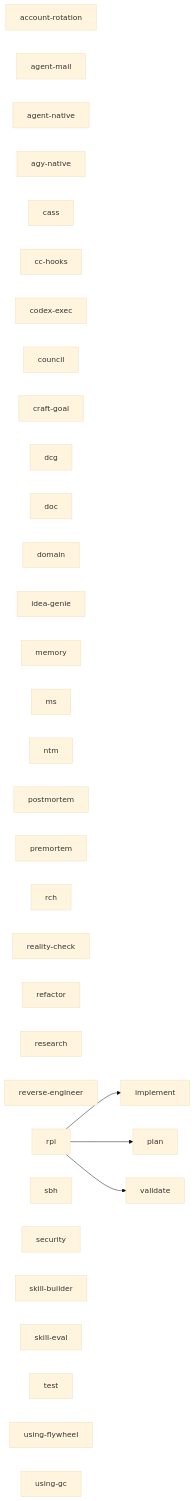
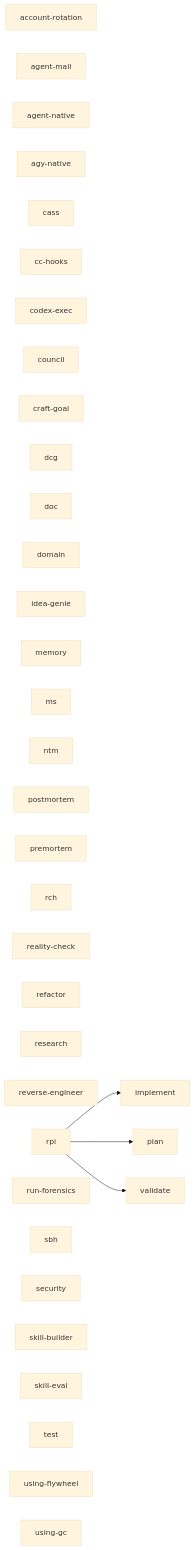
The diagram in docs/reference/agentops-skill-graph.md (boshu2/agentops), drawn with Mermaid (base theme) before and after one commit. The commit also changed 17 other files, not shown here.

First line of the commit message:
skills: add run-forensics

````diff
--- a/docs/reference/agentops-skill-graph.md
+++ b/docs/reference/agentops-skill-graph.md
@@ -5,40 +5,41 @@
 ```mermaid
 graph LR
   account_rotation["account-rotation"]
   agent_mail["agent-mail"]
   agent_native["agent-native"]
   agy_native["agy-native"]
   cass["cass"]
   cc_hooks["cc-hooks"]
   codex_exec["codex-exec"]
   council["council"]
   craft_goal["craft-goal"]
   dcg["dcg"]
   doc["doc"]
   domain["domain"]
   idea_genie["idea-genie"]
   implement["implement"]
   memory["memory"]
   ms["ms"]
   ntm["ntm"]
   plan["plan"]
   postmortem["postmortem"]
   premortem["premortem"]
   rch["rch"]
   reality_check["reality-check"]
   refactor["refactor"]
   research["research"]
   reverse_engineer["reverse-engineer"]
   rpi["rpi"]
+  run_forensics["run-forensics"]
   sbh["sbh"]
   security["security"]
   skill_builder["skill-builder"]
   skill_eval["skill-eval"]
   test["test"]
   using_flywheel["using-flywheel"]
   using_gc["using-gc"]
   validate["validate"]
   rpi --> implement
   rpi --> plan
   rpi --> validate
 ```
````
